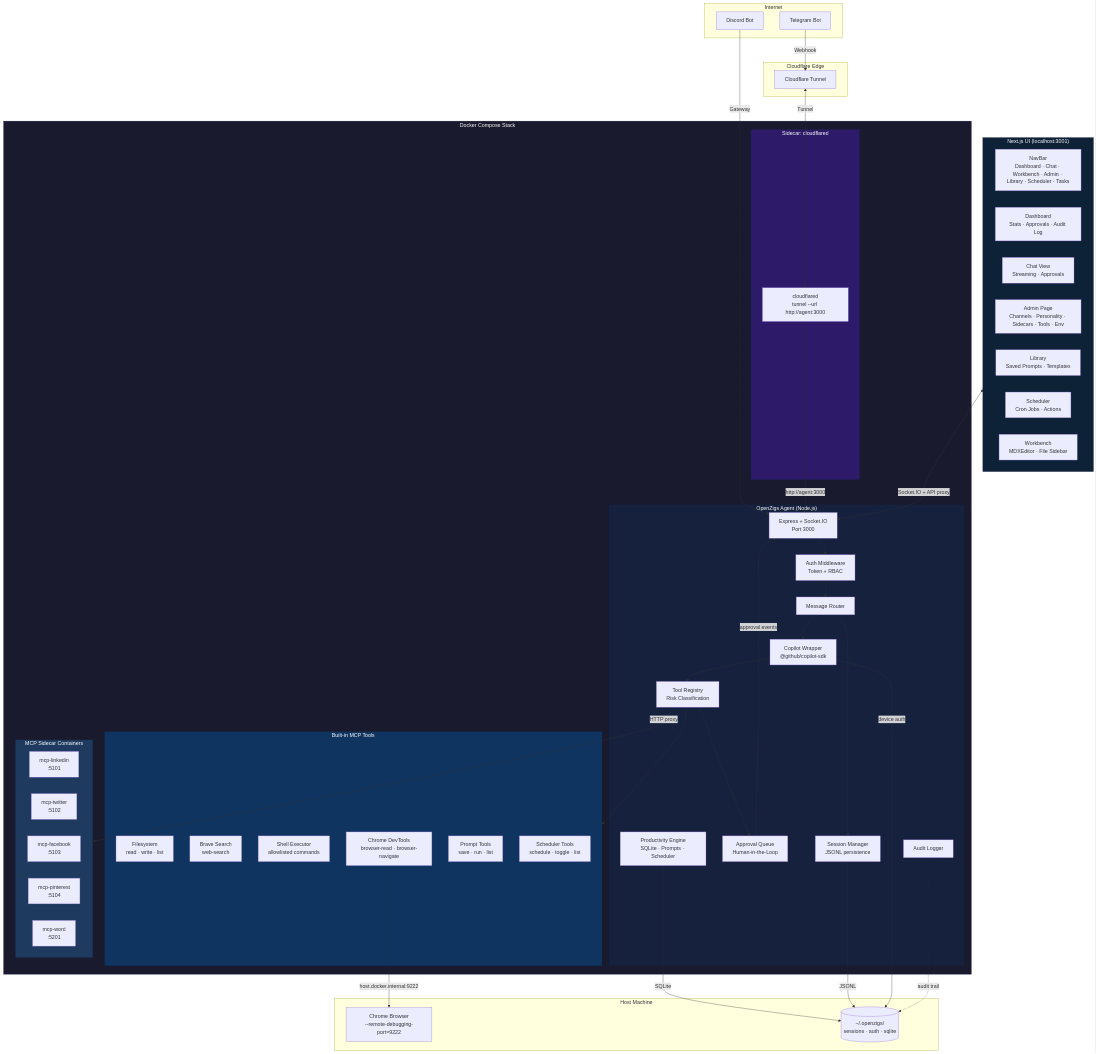
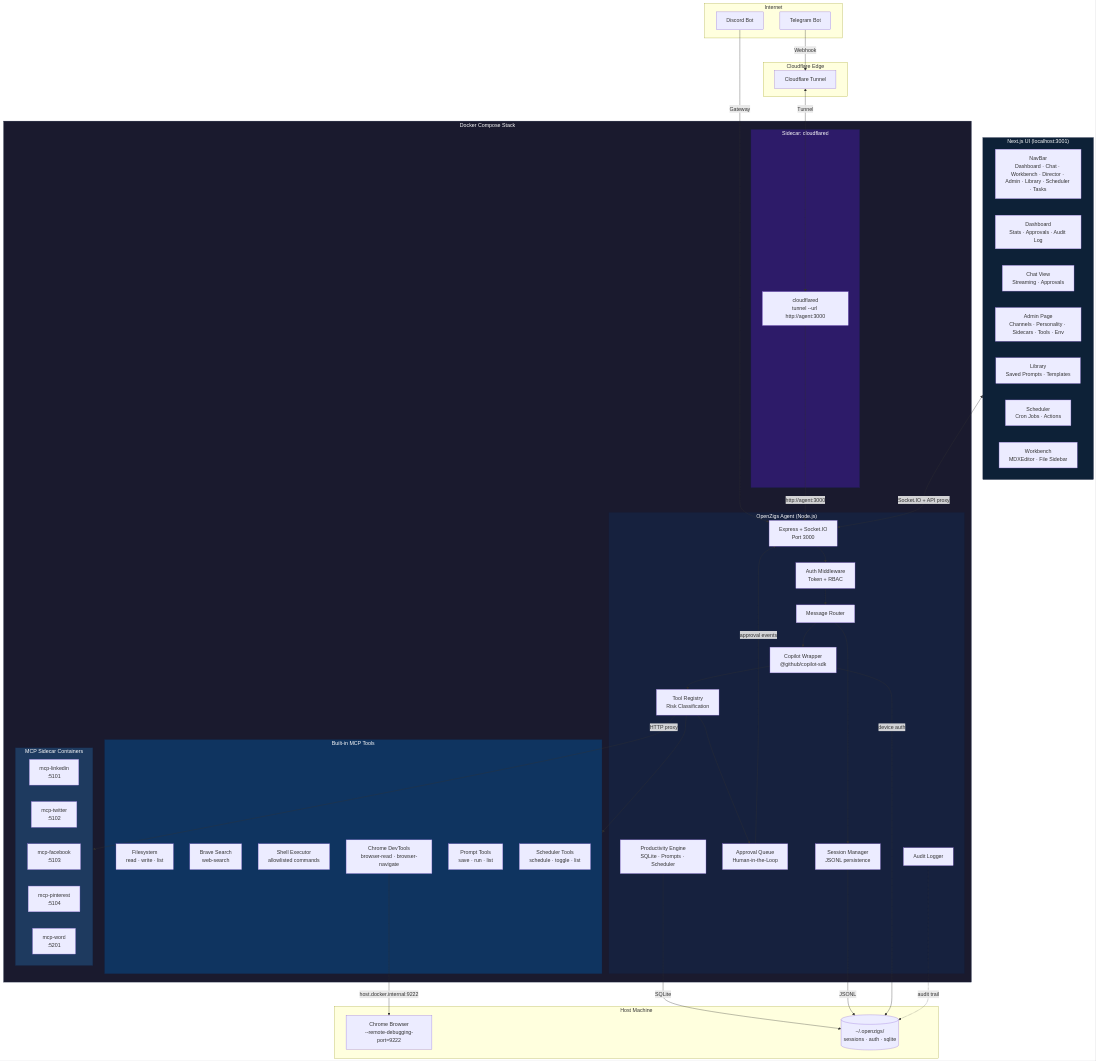
Before and after one commit to openzigs/openzigs: the second of 13 diagrams in docs/ARCHITECTURE.md, drawn with Mermaid. The commit also changed other lines of this file and 11 other files, not shown here.

First line of the commit message:
docs: update ARCHITECTURE.md & USER_GUIDE.md for Epic #313, fix ESM require() bug in director.ts, harden Studio UI against missing timeline/composition

```diff
--- a/docs/ARCHITECTURE.md
+++ b/docs/ARCHITECTURE.md
@@ -155,7 +155,7 @@
     end
 
     subgraph NextJS["Next.js UI (localhost:3001)"]
-        NAV[NavBar<br/>Dashboard · Chat · Workbench · Admin · Library · Scheduler · Tasks]
+        NAV[NavBar<br/>Dashboard · Chat · Workbench · Director · Admin · Library · Scheduler · Tasks]
         DASH[Dashboard<br/>Stats · Approvals · Audit Log]
         CHAT[Chat View<br/>Streaming · Approvals]
         ADMIN[Admin Page<br/>Channels · Personality · Sidecars · Tools · Env]
```
